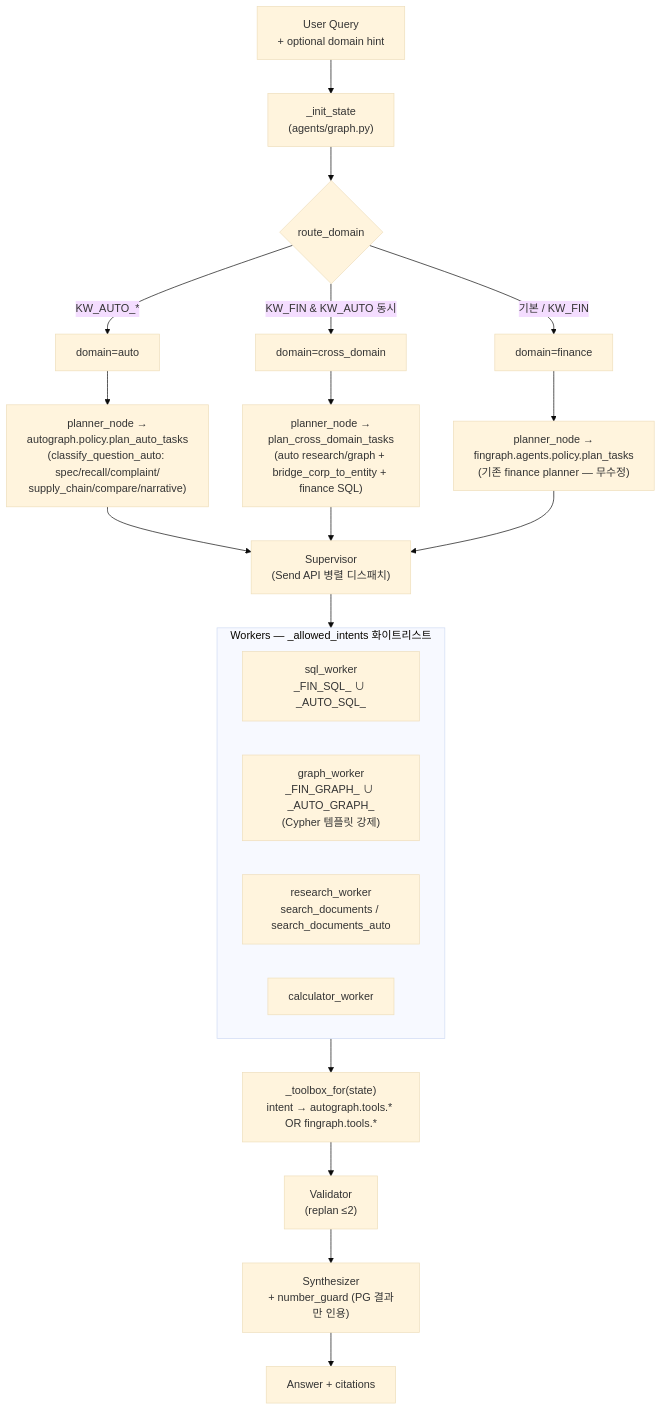
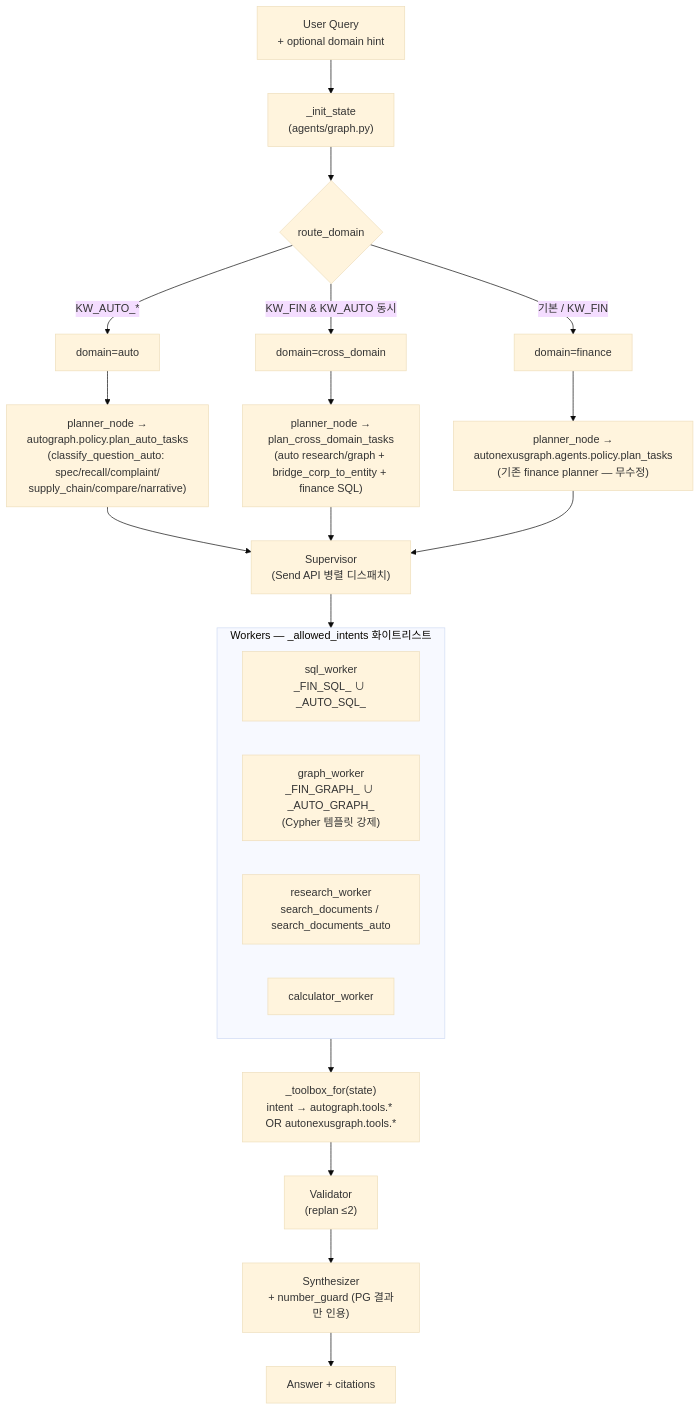
Before and after one commit to areumsim/FinGraph: the third of 4 diagrams in docs/autograph.md, drawn with Mermaid (base theme). The commit also changed other lines of this file and 195 other files, not shown here.

First line of the commit message:
refactor: rename FinGraph → AutoNexusGraph (umbrella) + Python package fingraph → autonexusgraph

````diff
--- a/docs/autograph.md
+++ b/docs/autograph.md
@@ -156,28 +156,28 @@
 ```mermaid
 flowchart TD
     Q["User Query<br/>+ optional domain hint"]
     Q --> INIT["_init_state<br/>(agents/graph.py)"]
     INIT --> ROUTE{"route_domain"}
     ROUTE -->|KW_FIN & KW_AUTO 동시| CROSS["domain=cross_domain"]
     ROUTE -->|KW_AUTO_*| AUTO["domain=auto"]
     ROUTE -->|"기본 / KW_FIN"| FIN["domain=finance"]
 
     AUTO --> P_AUTO["planner_node →<br/>autograph.policy.plan_auto_tasks<br/>(classify_question_auto: spec/recall/complaint/<br/>supply_chain/compare/narrative)"]
     CROSS --> P_CROSS["planner_node →<br/>plan_cross_domain_tasks<br/>(auto research/graph + bridge_corp_to_entity + finance SQL)"]
-    FIN --> P_FIN["planner_node →<br/>fingraph.agents.policy.plan_tasks<br/>(기존 finance planner — 무수정)"]
+    FIN --> P_FIN["planner_node →<br/>autonexusgraph.agents.policy.plan_tasks<br/>(기존 finance planner — 무수정)"]
 
     P_AUTO & P_CROSS & P_FIN --> SUP["Supervisor<br/>(Send API 병렬 디스패치)"]
     SUP --> WORKERS
 
     subgraph WORKERS["Workers — _allowed_intents 화이트리스트"]
         WSQL["sql_worker<br/>_FIN_SQL_ ∪ _AUTO_SQL_"]
         WGRAPH["graph_worker<br/>_FIN_GRAPH_ ∪ _AUTO_GRAPH_<br/>(Cypher 템플릿 강제)"]
         WRES["research_worker<br/>search_documents / search_documents_auto"]
         WCALC["calculator_worker"]
     end
 
-    WORKERS --> TOOLS["_toolbox_for(state)<br/>intent → autograph.tools.* OR fingraph.tools.*"]
+    WORKERS --> TOOLS["_toolbox_for(state)<br/>intent → autograph.tools.* OR autonexusgraph.tools.*"]
     TOOLS --> VAL["Validator<br/>(replan ≤2)"]
     VAL --> SYN["Synthesizer<br/>+ number_guard (PG 결과만 인용)"]
     SYN --> ANS["Answer + citations"]
 ```
````
